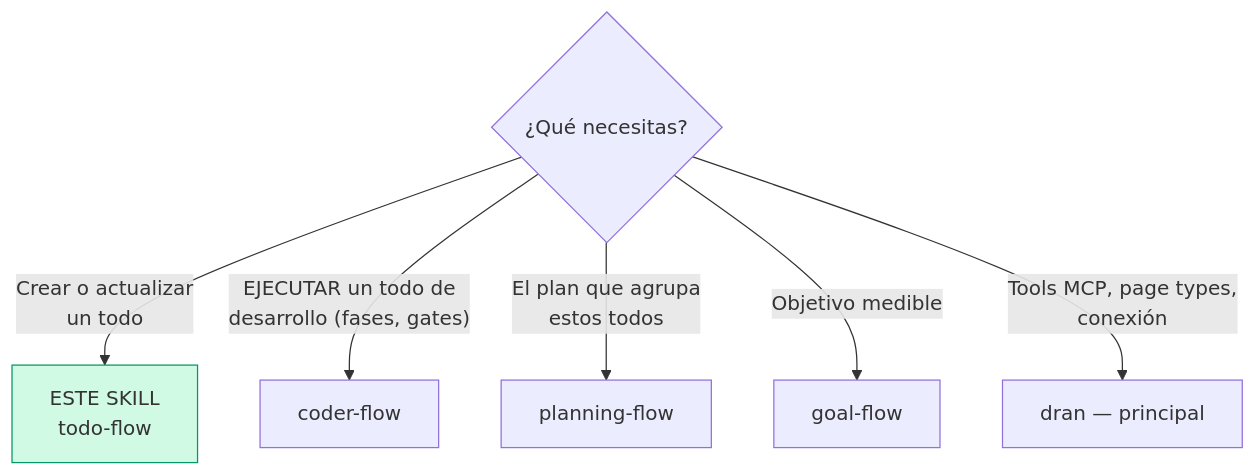
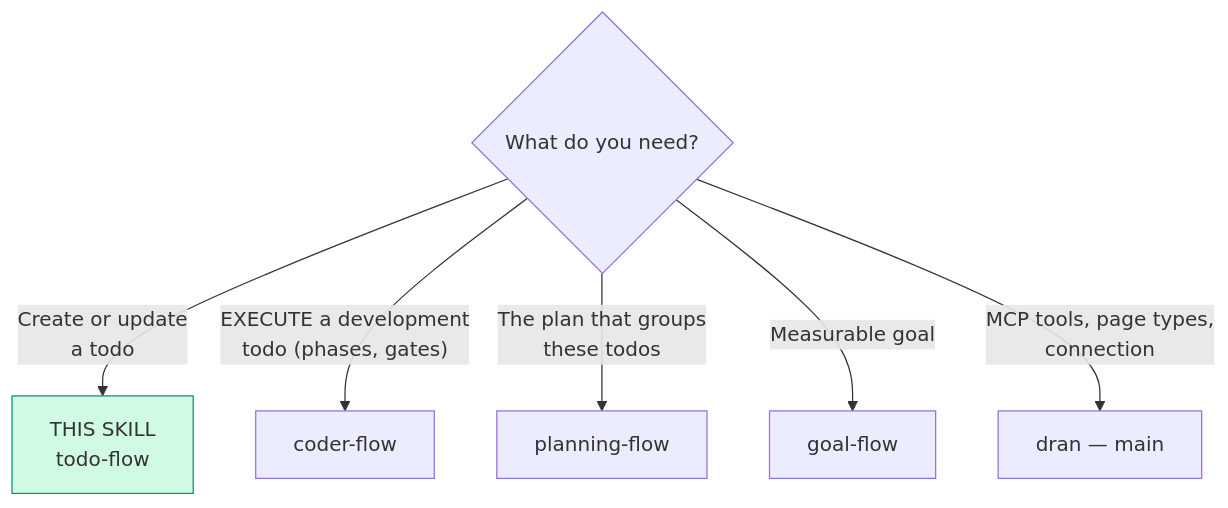
The first of 3 diagrams in skills/todo-flow/SKILL.md (alvarolizama/dran), drawn with Mermaid before and after one commit. The commit also changed other lines of this file and 11 other files, not shown here.

Commit message:
feat: traducir skills de dran al inglés (9 flows + dran + references)

````diff
--- a/skills/todo-flow/SKILL.md
+++ b/skills/todo-flow/SKILL.md
@@ -21,10 +21,10 @@
 ```mermaid
 flowchart TD
-  Q{¿Qué necesitas?} -->|"Crear o actualizar\nun todo"| SELF["ESTE SKILL\ntodo-flow"]
-  Q -->|"EJECUTAR un todo de\ndesarrollo (fases, gates)"| CF[coder-flow]
-  Q -->|"El plan que agrupa\nestos todos"| PLF[planning-flow]
-  Q -->|"Objetivo medible"| GF[goal-flow]
-  Q -->|"Tools MCP, page types,\nconexión"| D[dran — principal]
+  Q{What do you need?} -->|"Create or update\na todo"| SELF["THIS SKILL\ntodo-flow"]
+  Q -->|"EXECUTE a development\ntodo (phases, gates)"| CF[coder-flow]
+  Q -->|"The plan that groups\nthese todos"| PLF[planning-flow]
+  Q -->|"Measurable goal"| GF[goal-flow]
+  Q -->|"MCP tools, page types,\nconnection"| D[dran — main]
 
   style SELF fill:#d1fae5,stroke:#059669
 ```
````
